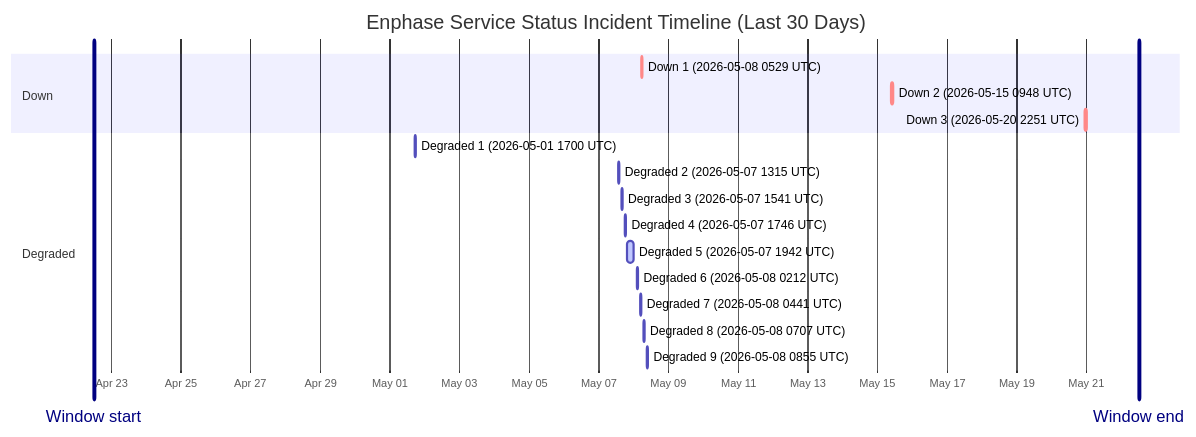
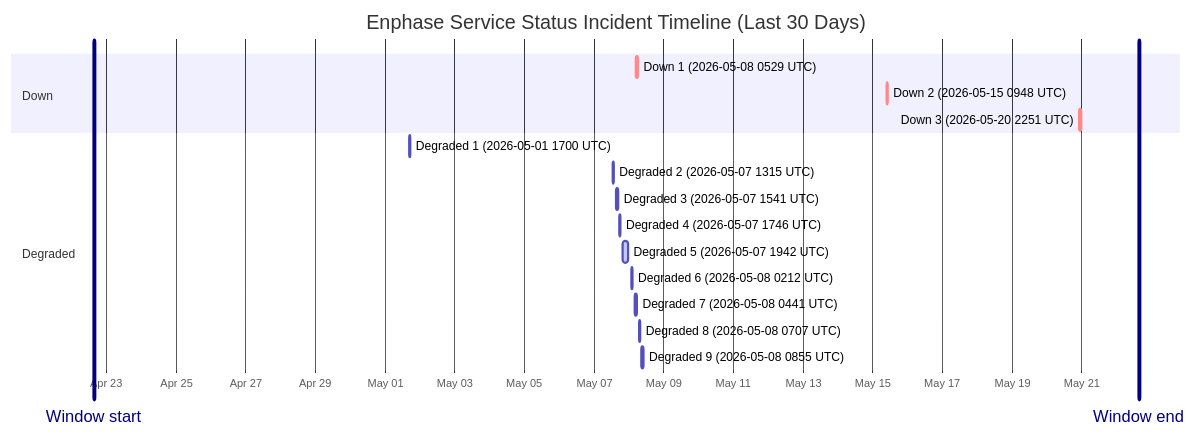
One commit to barneyonline/ha-enphase-ev-charger changed the diagram in wiki/Service-Status-History.md. Above: the diagram before and after it, drawn with Mermaid. The commit also changed other lines of this file and 3 other files, not shown here.

````diff
--- a/wiki/Service-Status-History.md
+++ b/wiki/Service-Status-History.md
@@ -14,22 +14,22 @@
 ```mermaid
 gantt
     title Enphase Service Status Incident Timeline (Last 30 Days)
     dateFormat  YYYY-MM-DDTHH:mm:ss
     axisFormat  %b %d
-    Window start :vert, window-start, 2026-04-22T12:04:01, 0ms
-    Window end :vert, window-end, 2026-05-22T12:04:01, 0ms
+    Window start :vert, window-start, 2026-04-22T15:30:36, 0ms
+    Window end :vert, window-end, 2026-05-22T15:30:36, 0ms
     section Down
     Down 1 (2026-05-08 0529 UTC) :crit, down-1, 2026-05-08T05:29:47, 60m
     Down 2 (2026-05-15 0948 UTC) :crit, down-2, 2026-05-15T09:48:18, 60m
     Down 3 (2026-05-20 2251 UTC) :crit, down-3, 2026-05-20T22:51:14, 75m
     section Degraded
     Degraded 1 (2026-05-01 1700 UTC) :active, degraded-1, 2026-05-01T17:00:22, 60m
     Degraded 2 (2026-05-07 1315 UTC) :active, degraded-2, 2026-05-07T13:15:25, 60m
     Degraded 3 (2026-05-07 1541 UTC) :active, degraded-3, 2026-05-07T15:41:58, 60m
     Degraded 4 (2026-05-07 1746 UTC) :active, degraded-4, 2026-05-07T17:46:51, 60m
     Degraded 5 (2026-05-07 1942 UTC) :active, degraded-5, 2026-05-07T19:42:10, 249m
     Degraded 6 (2026-05-08 0212 UTC) :active, degraded-6, 2026-05-08T02:12:39, 60m
     Degraded 7 (2026-05-08 0441 UTC) :active, degraded-7, 2026-05-08T04:41:46, 60m
     Degraded 8 (2026-05-08 0707 UTC) :active, degraded-8, 2026-05-08T07:07:30, 60m
     Degraded 9 (2026-05-08 0855 UTC) :active, degraded-9, 2026-05-08T08:55:20, 88m
 ```
````
